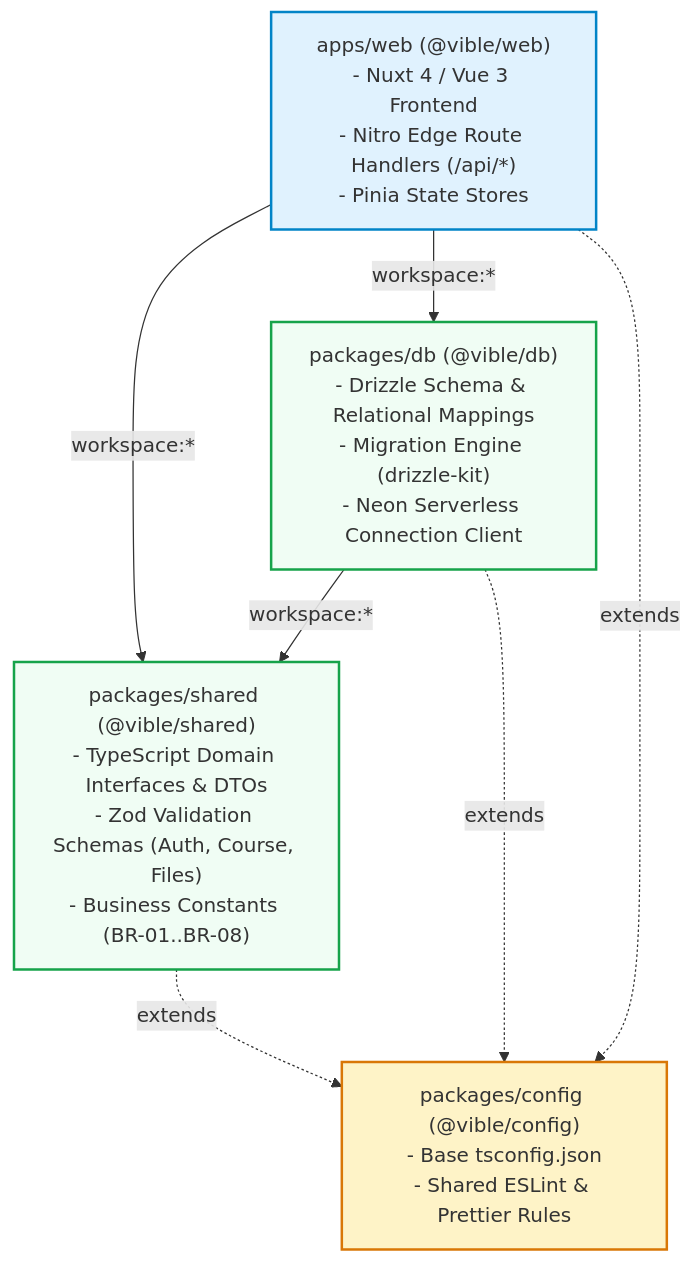
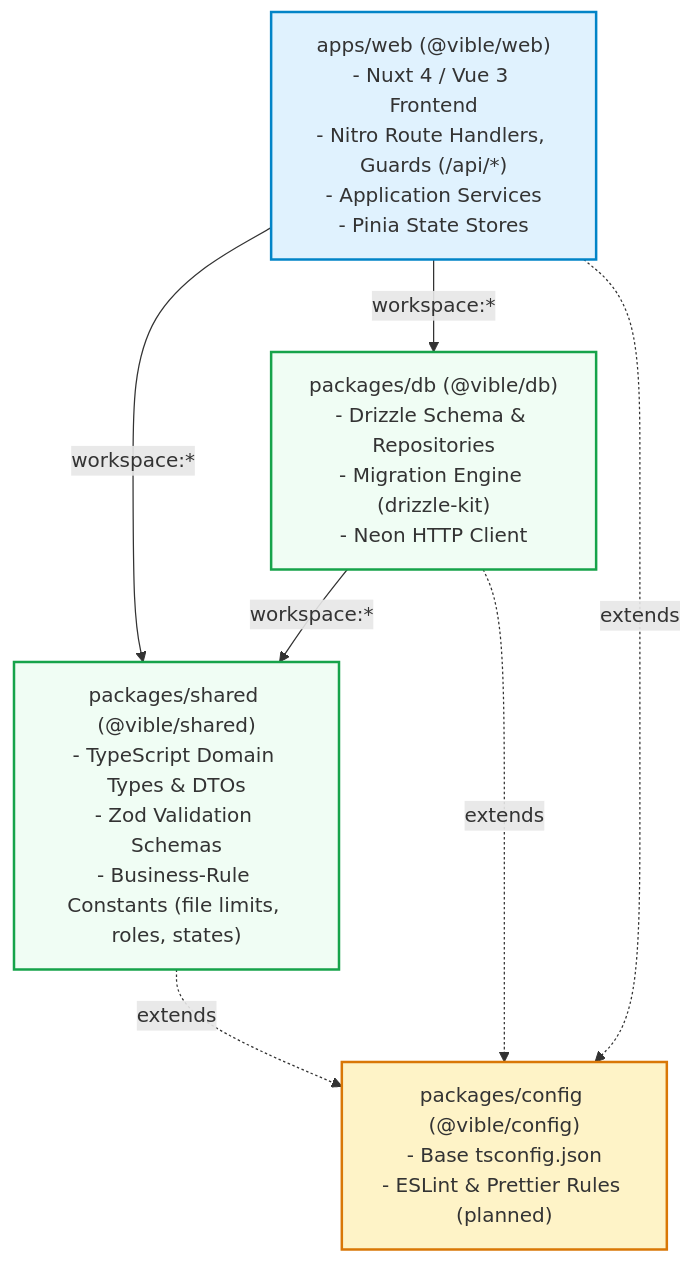
One commit to nelan138/vible-online-teaching-platform changed the first of 17 diagrams in docs/design/software-design.md. Above: the diagram before and after it, drawn with Mermaid. The commit also changed other lines of this file, not shown here.

````diff
--- a/docs/design/software-design.md
+++ b/docs/design/software-design.md
@@ -180,18 +190,18 @@
 ```mermaid
 graph TD
     classDef app fill:#e0f2fe,stroke:#0284c7,stroke-width:2px;
     classDef pkg fill:#f0fdf4,stroke:#16a34a,stroke-width:2px;
     classDef tool fill:#fef3c7,stroke:#d97706,stroke-width:2px;
 
-    AppWeb["apps/web (@vible/web)\n- Nuxt 4 / Vue 3 Frontend\n- Nitro Edge Route Handlers (/api/*)\n- Pinia State Stores"]:::app
-    PkgDB["packages/db (@vible/db)\n- Drizzle Schema & Relational Mappings\n- Migration Engine (drizzle-kit)\n- Neon Serverless Connection Client"]:::pkg
-    PkgShared["packages/shared (@vible/shared)\n- TypeScript Domain Interfaces & DTOs\n- Zod Validation Schemas (Auth, Course, Files)\n- Business Constants (BR-01..BR-08)"]:::pkg
-    PkgConfig["packages/config (@vible/config)\n- Base tsconfig.json\n- Shared ESLint & Prettier Rules"]:::tool
+    AppWeb["apps/web (@vible/web)\n- Nuxt 4 / Vue 3 Frontend\n- Nitro Route Handlers, Guards (/api/*)\n- Application Services\n- Pinia State Stores"]:::app
+    PkgDB["packages/db (@vible/db)\n- Drizzle Schema & Repositories\n- Migration Engine (drizzle-kit)\n- Neon HTTP Client"]:::pkg
+    PkgShared["packages/shared (@vible/shared)\n- TypeScript Domain Types & DTOs\n- Zod Validation Schemas\n- Business-Rule Constants (file limits, roles, states)"]:::pkg
+    PkgConfig["packages/config (@vible/config)\n- Base tsconfig.json\n- ESLint & Prettier Rules (planned)"]:::tool
 
     AppWeb -->|workspace:*| PkgShared
     AppWeb -->|workspace:*| PkgDB
     PkgDB -->|workspace:*| PkgShared
     AppWeb -.->|extends| PkgConfig
     PkgDB -.->|extends| PkgConfig
     PkgShared -.->|extends| PkgConfig
 ```
````
